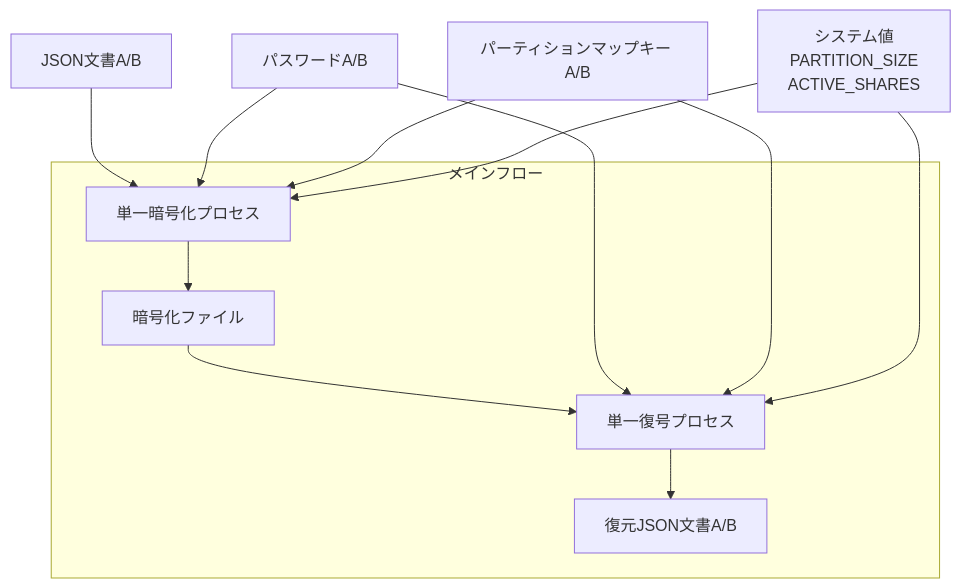
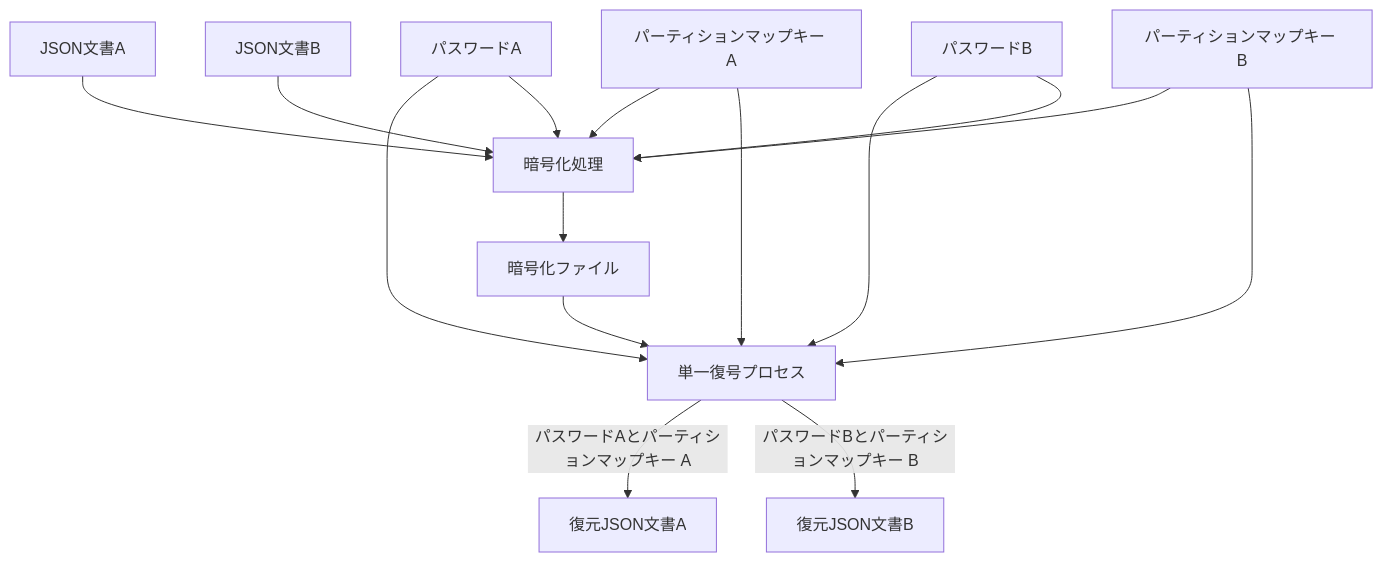
The first of 2 diagrams in method_13_shamir_multi_plaintext_system/design/02_architecture.md (pacific-system/secret-sharing-demos-20250510), drawn with Mermaid before and after one commit. The commit also changed other lines of this file and 10 other files, not shown here.

````diff
--- a/method_13_shamir_multi_plaintext_system/design/02_architecture.md
+++ b/method_13_shamir_multi_plaintext_system/design/02_architecture.md
@@ -29,22 +30,17 @@
 ```mermaid
 graph TD
-    A[JSON文書A/B] --> C
-
-    subgraph メインフロー
-    C[単一暗号化プロセス]
-    D[暗号化ファイル]
-    E[単一復号プロセス]
-    G[復元JSON文書A/B]
-
-    C --> D
-    D --> E
-    E --> G
-    end
-
-    J[パスワードA/B] --> C
-    J --> E
-    I[パーティションマップキー A/B] --> C
-    I --> E
-    SV[システム値<br>PARTITION_SIZE<br>ACTIVE_SHARES] --> C
-    SV --> E
+    A[JSON文書A] --> C[暗号化処理]
+    B[JSON文書B] --> C
+    C --> D[暗号化ファイル]
+    D --> E[単一復号プロセス]
+    J[パスワードA] --> E
+    K[パスワードB] --> E
+    IA[パーティションマップキー A] --> C
+    IB[パーティションマップキー B] --> C
+    IA --> E
+    IB --> E
+    E -- パスワードAとパーティションマップキー A --> G[復元JSON文書A]
+    E -- パスワードBとパーティションマップキー B --> H[復元JSON文書B]
+    J --> C
+    K --> C
 ```
````
